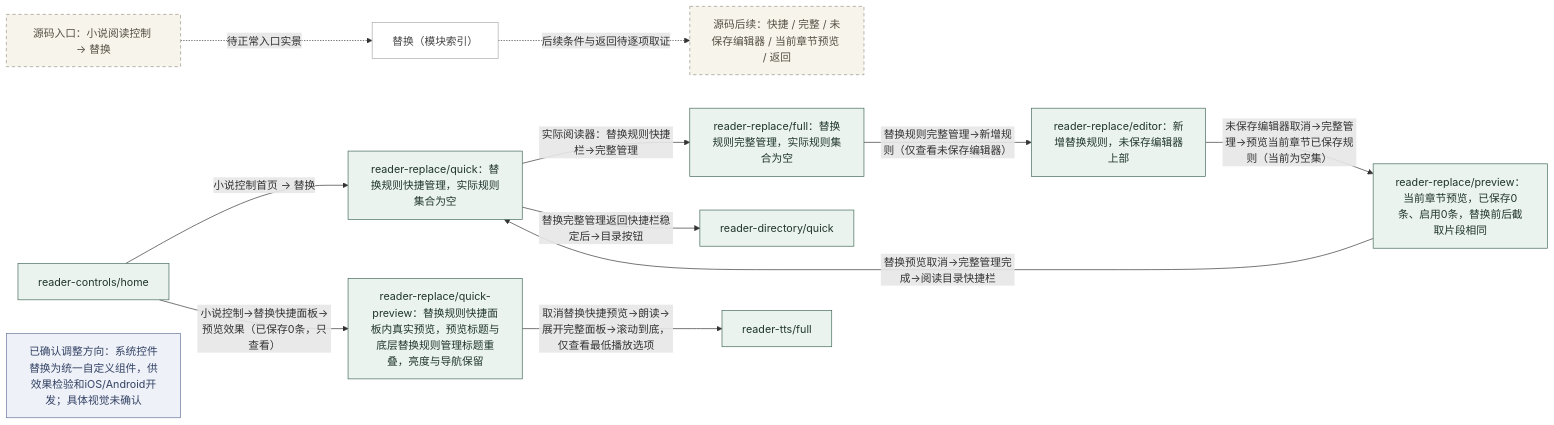
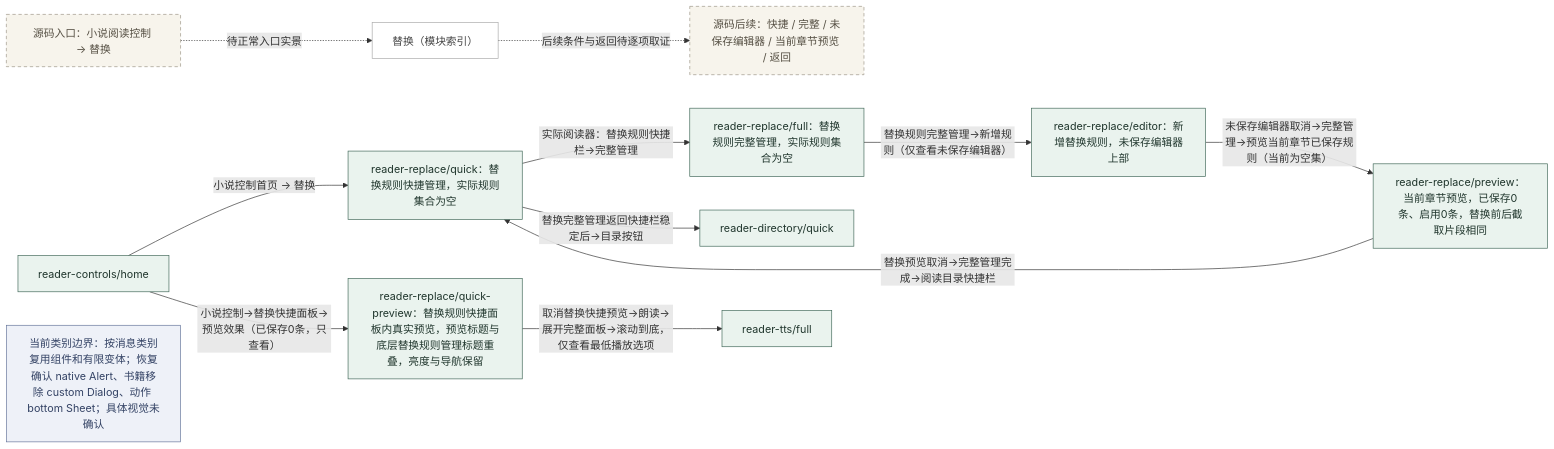
One commit to minliny/Reader-for-HarmonyOS changed diagram 15 of 38 in docs/ui-design/app-baseline/LOGIC.md. Above: the diagram before and after it, drawn with Mermaid. The commit also changed other lines of this file and 16 other files, not shown here.

````diff
--- a/docs/ui-design/app-baseline/LOGIC.md
+++ b/docs/ui-design/app-baseline/LOGIC.md
@@ -413,29 +413,29 @@
 ```mermaid
 flowchart LR
   N1["替换（模块索引）"]:::module
   N2["源码入口：小说阅读控制 → 替换"]:::pending
   N3["源码后续：快捷 / 完整 / 未保存编辑器 / 当前章节预览 / 返回"]:::pending
   N2 -.->|待正常入口实景| N1
   N1 -.->|后续条件与返回待逐项取证| N3
   N4["reader-replace/quick：替换规则快捷管理，实际规则集合为空"]:::observed
   N5["reader-replace/full：替换规则完整管理，实际规则集合为空"]:::observed
   N6["reader-replace/editor：新增替换规则，未保存编辑器上部"]:::observed
   N7["reader-replace/preview：当前章节预览，已保存0条、启用0条，替换前后截取片段相同"]:::observed
   N8["reader-replace/quick-preview：替换规则快捷面板内真实预览，预览标题与底层替换规则管理标题重叠，亮度与导航保留"]:::observed
   N9["reader-controls/home"]:::observed
   N9 -->|小说控制首页 → 替换| N4
   N4 -->|实际阅读器：替换规则快捷栏→完整管理| N5
   N5 -->|替换规则完整管理→新增规则（仅查看未保存编辑器）| N6
   N6 -->|未保存编辑器取消→完整管理→预览当前章节已保存规则（当前为空集）| N7
   N7 -->|替换预览取消→完整管理完成→阅读目录快捷栏| N4
   N10["reader-directory/quick"]:::observed
   N4 -->|替换完整管理返回快捷栏稳定后→目录按钮| N10
   N9 -->|小说控制→替换快捷面板→预览效果（已保存0条，只查看）| N8
   N11["reader-tts/full"]:::observed
   N8 -->|取消替换快捷预览→朗读→展开完整面板→滚动到底，仅查看最低播放选项| N11
-  N12["已确认调整方向：系统控件替换为统一自定义组件，供效果检验和iOS/Android开发；具体视觉未确认"]:::confirmed
+  N12["当前类别边界：按消息类别复用组件和有限变体；恢复确认 native Alert、书籍移除 custom Dialog、动作 bottom Sheet；具体视觉未确认"]:::confirmed
   classDef observed fill:#eaf3ee,stroke:#42695a,color:#20362d
   classDef pending fill:#f7f4ec,stroke:#9d9587,color:#554f43,stroke-dasharray:5 4
   classDef confirmed fill:#eef1f8,stroke:#65759a,color:#334264
   classDef module fill:#fff,stroke:#aaa,color:#444
 ```
````
